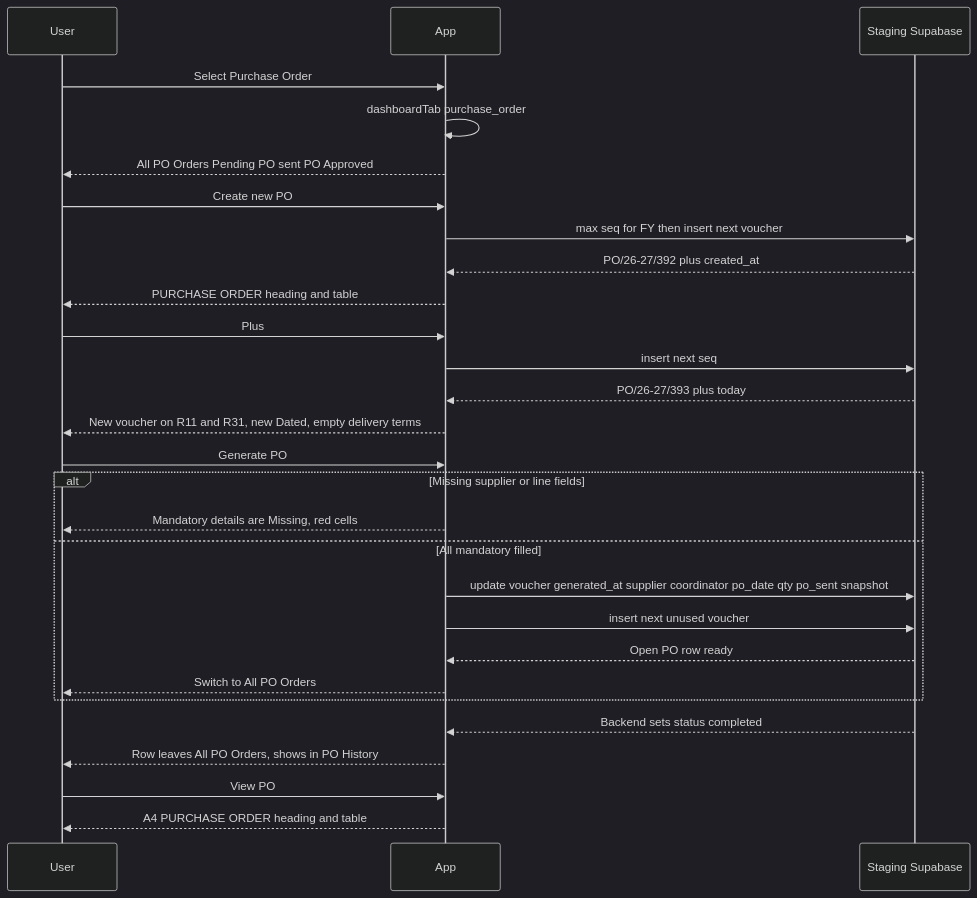
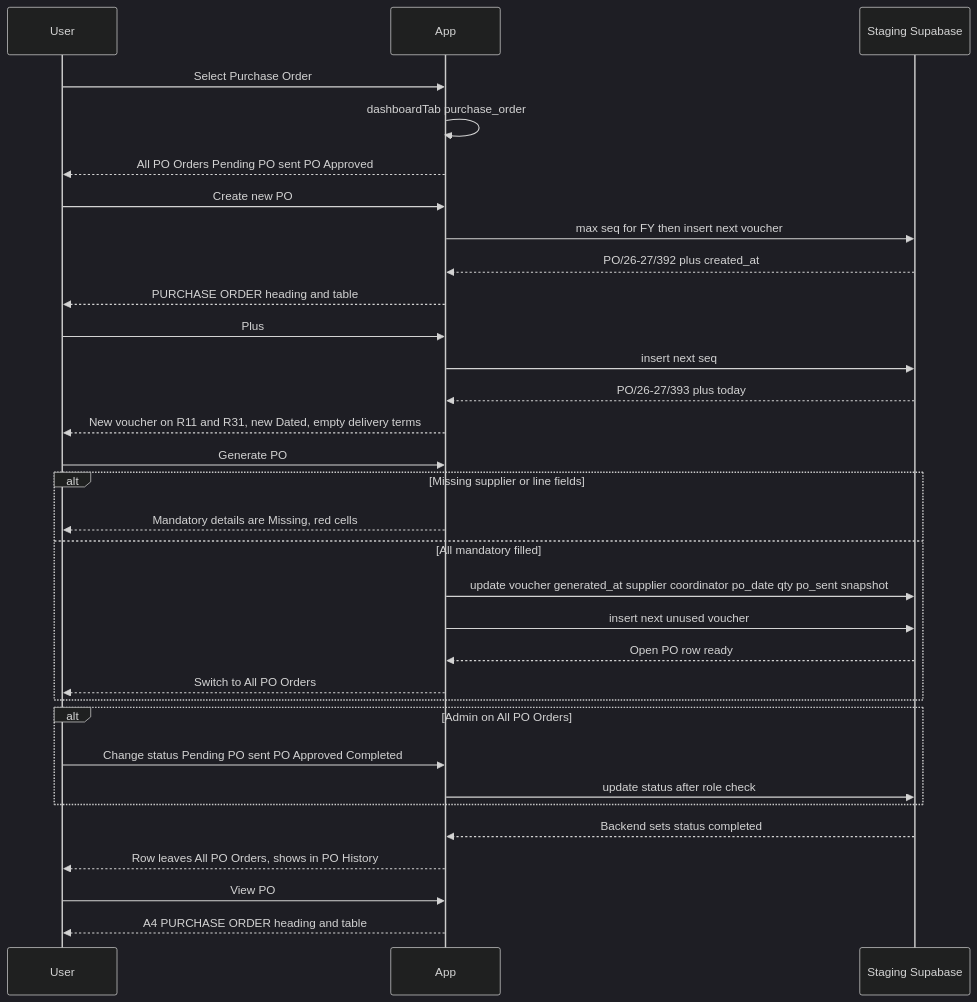
Diagram 11 of 11 in docs/FLOWCHARTS.md (Mayur8291/Printing-Tracker), drawn with Mermaid (dark theme) before and after one commit. The commit also changed other lines of this file and 34 other files, not shown here.

````diff
--- a/docs/FLOWCHARTS.md
+++ b/docs/FLOWCHARTS.md
@@ -208,30 +241,34 @@
 ```mermaid
 sequenceDiagram
   participant User
   participant App
   participant SB as Staging Supabase
   User->>App: Select Purchase Order
   App->>App: dashboardTab purchase_order
   App-->>User: All PO Orders Pending PO sent PO Approved
   User->>App: Create new PO
   App->>SB: max seq for FY then insert next voucher
   SB-->>App: PO/26-27/392 plus created_at
   App-->>User: PURCHASE ORDER heading and table
   User->>App: Plus
   App->>SB: insert next seq
   SB-->>App: PO/26-27/393 plus today
   App-->>User: New voucher on R11 and R31, new Dated, empty delivery terms
   User->>App: Generate PO
   alt Missing supplier or line fields
     App-->>User: Mandatory details are Missing, red cells
   else All mandatory filled
     App->>SB: update voucher generated_at supplier coordinator po_date qty po_sent snapshot
     App->>SB: insert next unused voucher
     SB-->>App: Open PO row ready
     App-->>User: Switch to All PO Orders
   end
+  alt Admin on All PO Orders
+    User->>App: Change status Pending PO sent PO Approved Completed
+    App->>SB: update status after role check
+  end
   SB-->>App: Backend sets status completed
   App-->>User: Row leaves All PO Orders, shows in PO History
   User->>App: View PO
   App-->>User: A4 PURCHASE ORDER heading and table
 ```
````
